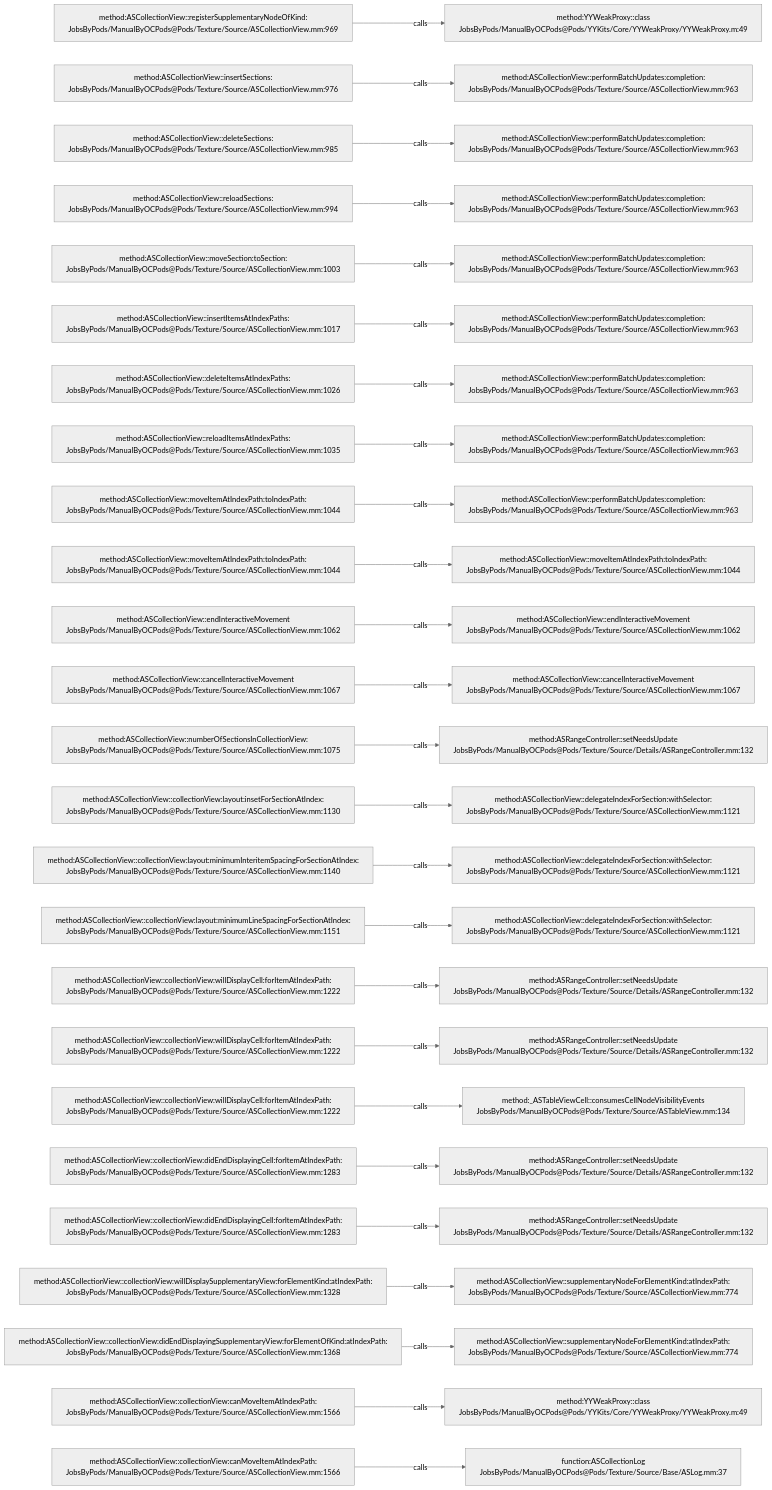
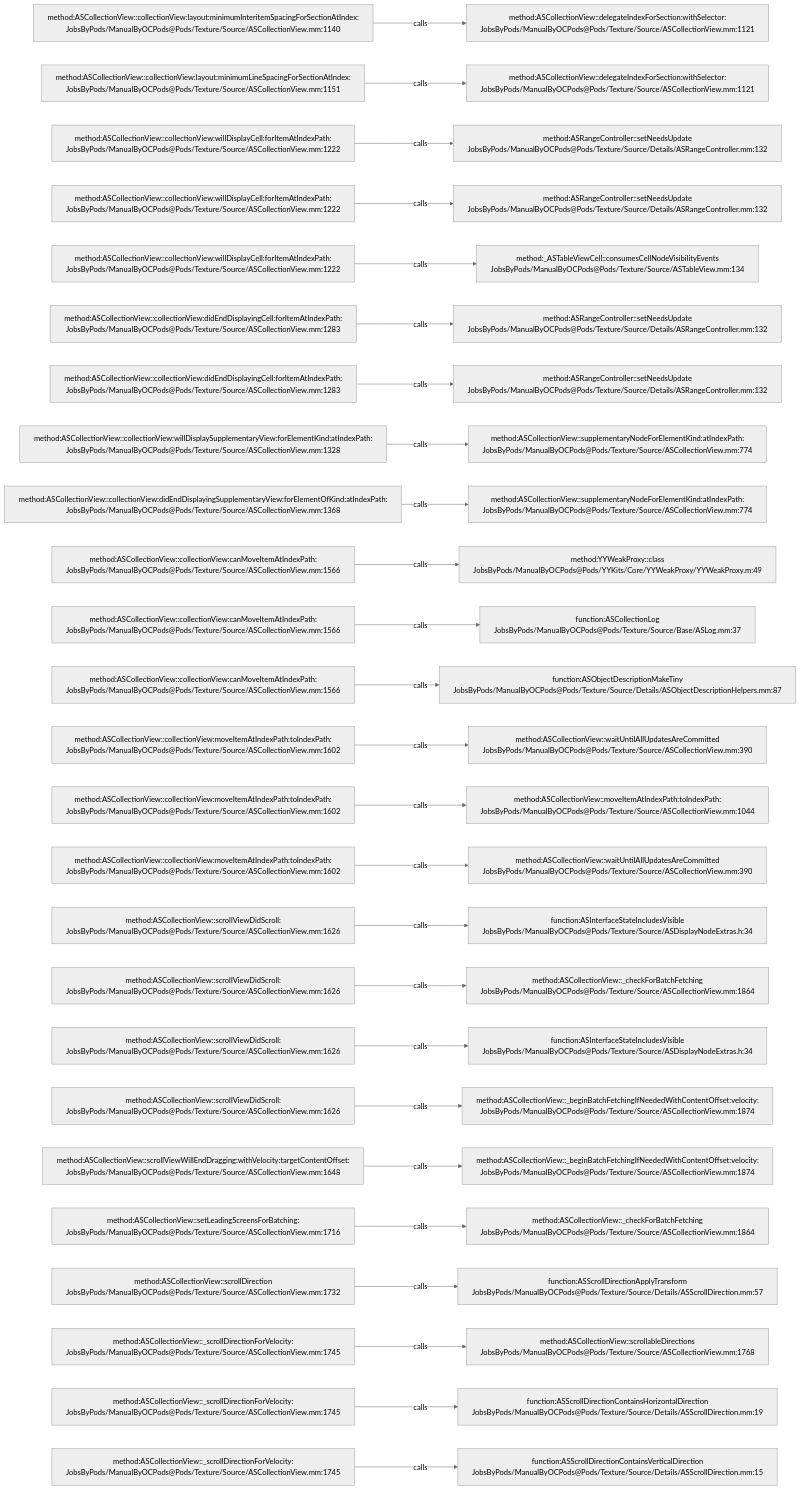
The diagram in .codegraph/codegraph.md/graphs/calls-083.md (JobsKits/JobsOCBaseConfigDemo), drawn with Mermaid (neutral theme) before and after one commit. The commit also changed 296 other files, not shown here.

````diff
--- a/.codegraph/codegraph.md/graphs/calls-083.md
+++ b/.codegraph/codegraph.md/graphs/calls-083.md
@@ -13,78 +13,78 @@
 ```mermaid
 flowchart LR
-  S1["method:ASCollectionView::registerSupplementaryNodeOfKind:<br/>JobsByPods/ManualByOCPods@Pods/Texture/Source/ASCollectionView.mm:969"]
-  T1["method:YYWeakProxy::class<br/>JobsByPods/ManualByOCPods@Pods/YYKits/Core/YYWeakProxy/YYWeakProxy.m:49"]
+  S1["method:ASCollectionView::collectionView:layout:minimumInteritemSpacingForSectionAtIndex:<br/>JobsByPods/ManualByOCPods@Pods/Texture/Source/ASCollectionView.mm:1140"]
+  T1["method:ASCollectionView::delegateIndexForSection:withSelector:<br/>JobsByPods/ManualByOCPods@Pods/Texture/Source/ASCollectionView.mm:1121"]
   S1 -->|calls| T1
-  S2["method:ASCollectionView::insertSections:<br/>JobsByPods/ManualByOCPods@Pods/Texture/Source/ASCollectionView.mm:976"]
-  T2["method:ASCollectionView::performBatchUpdates:completion:<br/>JobsByPods/ManualByOCPods@Pods/Texture/Source/ASCollectionView.mm:963"]
+  S2["method:ASCollectionView::collectionView:layout:minimumLineSpacingForSectionAtIndex:<br/>JobsByPods/ManualByOCPods@Pods/Texture/Source/ASCollectionView.mm:1151"]
+  T2["method:ASCollectionView::delegateIndexForSection:withSelector:<br/>JobsByPods/ManualByOCPods@Pods/Texture/Source/ASCollectionView.mm:1121"]
   S2 -->|calls| T2
-  S3["method:ASCollectionView::deleteSections:<br/>JobsByPods/ManualByOCPods@Pods/Texture/Source/ASCollectionView.mm:985"]
-  T3["method:ASCollectionView::performBatchUpdates:completion:<br/>JobsByPods/ManualByOCPods@Pods/Texture/Source/ASCollectionView.mm:963"]
+  S3["method:ASCollectionView::collectionView:willDisplayCell:forItemAtIndexPath:<br/>JobsByPods/ManualByOCPods@Pods/Texture/Source/ASCollectionView.mm:1222"]
+  T3["method:ASRangeController::setNeedsUpdate<br/>JobsByPods/ManualByOCPods@Pods/Texture/Source/Details/ASRangeController.mm:132"]
   S3 -->|calls| T3
-  S4["method:ASCollectionView::reloadSections:<br/>JobsByPods/ManualByOCPods@Pods/Texture/Source/ASCollectionView.mm:994"]
-  T4["method:ASCollectionView::performBatchUpdates:completion:<br/>JobsByPods/ManualByOCPods@Pods/Texture/Source/ASCollectionView.mm:963"]
+  S4["method:ASCollectionView::collectionView:willDisplayCell:forItemAtIndexPath:<br/>JobsByPods/ManualByOCPods@Pods/Texture/Source/ASCollectionView.mm:1222"]
+  T4["method:ASRangeController::setNeedsUpdate<br/>JobsByPods/ManualByOCPods@Pods/Texture/Source/Details/ASRangeController.mm:132"]
   S4 -->|calls| T4
-  S5["method:ASCollectionView::moveSection:toSection:<br/>JobsByPods/ManualByOCPods@Pods/Texture/Source/ASCollectionView.mm:1003"]
-  T5["method:ASCollectionView::performBatchUpdates:completion:<br/>JobsByPods/ManualByOCPods@Pods/Texture/Source/ASCollectionView.mm:963"]
+  S5["method:ASCollectionView::collectionView:willDisplayCell:forItemAtIndexPath:<br/>JobsByPods/ManualByOCPods@Pods/Texture/Source/ASCollectionView.mm:1222"]
+  T5["method:_ASTableViewCell::consumesCellNodeVisibilityEvents<br/>JobsByPods/ManualByOCPods@Pods/Texture/Source/ASTableView.mm:134"]
   S5 -->|calls| T5
-  S6["method:ASCollectionView::insertItemsAtIndexPaths:<br/>JobsByPods/ManualByOCPods@Pods/Texture/Source/ASCollectionView.mm:1017"]
-  T6["method:ASCollectionView::performBatchUpdates:completion:<br/>JobsByPods/ManualByOCPods@Pods/Texture/Source/ASCollectionView.mm:963"]
+  S6["method:ASCollectionView::collectionView:didEndDisplayingCell:forItemAtIndexPath:<br/>JobsByPods/ManualByOCPods@Pods/Texture/Source/ASCollectionView.mm:1283"]
+  T6["method:ASRangeController::setNeedsUpdate<br/>JobsByPods/ManualByOCPods@Pods/Texture/Source/Details/ASRangeController.mm:132"]
   S6 -->|calls| T6
-  S7["method:ASCollectionView::deleteItemsAtIndexPaths:<br/>JobsByPods/ManualByOCPods@Pods/Texture/Source/ASCollectionView.mm:1026"]
-  T7["method:ASCollectionView::performBatchUpdates:completion:<br/>JobsByPods/ManualByOCPods@Pods/Texture/Source/ASCollectionView.mm:963"]
+  S7["method:ASCollectionView::collectionView:didEndDisplayingCell:forItemAtIndexPath:<br/>JobsByPods/ManualByOCPods@Pods/Texture/Source/ASCollectionView.mm:1283"]
+  T7["method:ASRangeController::setNeedsUpdate<br/>JobsByPods/ManualByOCPods@Pods/Texture/Source/Details/ASRangeController.mm:132"]
   S7 -->|calls| T7
-  S8["method:ASCollectionView::reloadItemsAtIndexPaths:<br/>JobsByPods/ManualByOCPods@Pods/Texture/Source/ASCollectionView.mm:1035"]
-  T8["method:ASCollectionView::performBatchUpdates:completion:<br/>JobsByPods/ManualByOCPods@Pods/Texture/Source/ASCollectionView.mm:963"]
+  S8["method:ASCollectionView::collectionView:willDisplaySupplementaryView:forElementKind:atIndexPath:<br/>JobsByPods/ManualByOCPods@Pods/Texture/Source/ASCollectionView.mm:1328"]
+  T8["method:ASCollectionView::supplementaryNodeForElementKind:atIndexPath:<br/>JobsByPods/ManualByOCPods@Pods/Texture/Source/ASCollectionView.mm:774"]
   S8 -->|calls| T8
-  S9["method:ASCollectionView::moveItemAtIndexPath:toIndexPath:<br/>JobsByPods/ManualByOCPods@Pods/Texture/Source/ASCollectionView.mm:1044"]
-  T9["method:ASCollectionView::performBatchUpdates:completion:<br/>JobsByPods/ManualByOCPods@Pods/Texture/Source/ASCollectionView.mm:963"]
+  S9["method:ASCollectionView::collectionView:didEndDisplayingSupplementaryView:forElementOfKind:atIndexPath:<br/>JobsByPods/ManualByOCPods@Pods/Texture/Source/ASCollectionView.mm:1368"]
+  T9["method:ASCollectionView::supplementaryNodeForElementKind:atIndexPath:<br/>JobsByPods/ManualByOCPods@Pods/Texture/Source/ASCollectionView.mm:774"]
   S9 -->|calls| T9
-  S10["method:ASCollectionView::moveItemAtIndexPath:toIndexPath:<br/>JobsByPods/ManualByOCPods@Pods/Texture/Source/ASCollectionView.mm:1044"]
-  T10["method:ASCollectionView::moveItemAtIndexPath:toIndexPath:<br/>JobsByPods/ManualByOCPods@Pods/Texture/Source/ASCollectionView.mm:1044"]
+  S10["method:ASCollectionView::collectionView:canMoveItemAtIndexPath:<br/>JobsByPods/ManualByOCPods@Pods/Texture/Source/ASCollectionView.mm:1566"]
+  T10["method:YYWeakProxy::class<br/>JobsByPods/ManualByOCPods@Pods/YYKits/Core/YYWeakProxy/YYWeakProxy.m:49"]
   S10 -->|calls| T10
-  S11["method:ASCollectionView::endInteractiveMovement<br/>JobsByPods/ManualByOCPods@Pods/Texture/Source/ASCollectionView.mm:1062"]
-  T11["method:ASCollectionView::endInteractiveMovement<br/>JobsByPods/ManualByOCPods@Pods/Texture/Source/ASCollectionView.mm:1062"]
+  S11["method:ASCollectionView::collectionView:canMoveItemAtIndexPath:<br/>JobsByPods/ManualByOCPods@Pods/Texture/Source/ASCollectionView.mm:1566"]
+  T11["function:ASCollectionLog<br/>JobsByPods/ManualByOCPods@Pods/Texture/Source/Base/ASLog.mm:37"]
   S11 -->|calls| T11
-  S12["method:ASCollectionView::cancelInteractiveMovement<br/>JobsByPods/ManualByOCPods@Pods/Texture/Source/ASCollectionView.mm:1067"]
-  T12["method:ASCollectionView::cancelInteractiveMovement<br/>JobsByPods/ManualByOCPods@Pods/Texture/Source/ASCollectionView.mm:1067"]
+  S12["method:ASCollectionView::collectionView:canMoveItemAtIndexPath:<br/>JobsByPods/ManualByOCPods@Pods/Texture/Source/ASCollectionView.mm:1566"]
+  T12["function:ASObjectDescriptionMakeTiny<br/>JobsByPods/ManualByOCPods@Pods/Texture/Source/Details/ASObjectDescriptionHelpers.mm:87"]
   S12 -->|calls| T12
-  S13["method:ASCollectionView::numberOfSectionsInCollectionView:<br/>JobsByPods/ManualByOCPods@Pods/Texture/Source/ASCollectionView.mm:1075"]
-  T13["method:ASRangeController::setNeedsUpdate<br/>JobsByPods/ManualByOCPods@Pods/Texture/Source/Details/ASRangeController.mm:132"]
+  S13["method:ASCollectionView::collectionView:moveItemAtIndexPath:toIndexPath:<br/>JobsByPods/ManualByOCPods@Pods/Texture/Source/ASCollectionView.mm:1602"]
+  T13["method:ASCollectionView::waitUntilAllUpdatesAreCommitted<br/>JobsByPods/ManualByOCPods@Pods/Texture/Source/ASCollectionView.mm:390"]
   S13 -->|calls| T13
-  S14["method:ASCollectionView::collectionView:layout:insetForSectionAtIndex:<br/>JobsByPods/ManualByOCPods@Pods/Texture/Source/ASCollectionView.mm:1130"]
-  T14["method:ASCollectionView::delegateIndexForSection:withSelector:<br/>JobsByPods/ManualByOCPods@Pods/Texture/Source/ASCollectionView.mm:1121"]
+  S14["method:ASCollectionView::collectionView:moveItemAtIndexPath:toIndexPath:<br/>JobsByPods/ManualByOCPods@Pods/Texture/Source/ASCollectionView.mm:1602"]
+  T14["method:ASCollectionView::moveItemAtIndexPath:toIndexPath:<br/>JobsByPods/ManualByOCPods@Pods/Texture/Source/ASCollectionView.mm:1044"]
   S14 -->|calls| T14
-  S15["method:ASCollectionView::collectionView:layout:minimumInteritemSpacingForSectionAtIndex:<br/>JobsByPods/ManualByOCPods@Pods/Texture/Source/ASCollectionView.mm:1140"]
-  T15["method:ASCollectionView::delegateIndexForSection:withSelector:<br/>JobsByPods/ManualByOCPods@Pods/Texture/Source/ASCollectionView.mm:1121"]
+  S15["method:ASCollectionView::collectionView:moveItemAtIndexPath:toIndexPath:<br/>JobsByPods/ManualByOCPods@Pods/Texture/Source/ASCollectionView.mm:1602"]
+  T15["method:ASCollectionView::waitUntilAllUpdatesAreCommitted<br/>JobsByPods/ManualByOCPods@Pods/Texture/Source/ASCollectionView.mm:390"]
   S15 -->|calls| T15
-  S16["method:ASCollectionView::collectionView:layout:minimumLineSpacingForSectionAtIndex:<br/>JobsByPods/ManualByOCPods@Pods/Texture/Source/ASCollectionView.mm:1151"]
-  T16["method:ASCollectionView::delegateIndexForSection:withSelector:<br/>JobsByPods/ManualByOCPods@Pods/Texture/Source/ASCollectionView.mm:1121"]
+  S16["method:ASCollectionView::scrollViewDidScroll:<br/>JobsByPods/ManualByOCPods@Pods/Texture/Source/ASCollectionView.mm:1626"]
+  T16["function:ASInterfaceStateIncludesVisible<br/>JobsByPods/ManualByOCPods@Pods/Texture/Source/ASDisplayNodeExtras.h:34"]
   S16 -->|calls| T16
-  S17["method:ASCollectionView::collectionView:willDisplayCell:forItemAtIndexPath:<br/>JobsByPods/ManualByOCPods@Pods/Texture/Source/ASCollectionView.mm:1222"]
-  T17["method:ASRangeController::setNeedsUpdate<br/>JobsByPods/ManualByOCPods@Pods/Texture/Source/Details/ASRangeController.mm:132"]
+  S17["method:ASCollectionView::scrollViewDidScroll:<br/>JobsByPods/ManualByOCPods@Pods/Texture/Source/ASCollectionView.mm:1626"]
+  T17["method:ASCollectionView::_checkForBatchFetching<br/>JobsByPods/ManualByOCPods@Pods/Texture/Source/ASCollectionView.mm:1864"]
   S17 -->|calls| T17
-  S18["method:ASCollectionView::collectionView:willDisplayCell:forItemAtIndexPath:<br/>JobsByPods/ManualByOCPods@Pods/Texture/Source/ASCollectionView.mm:1222"]
-  T18["method:ASRangeController::setNeedsUpdate<br/>JobsByPods/ManualByOCPods@Pods/Texture/Source/Details/ASRangeController.mm:132"]
+  S18["method:ASCollectionView::scrollViewDidScroll:<br/>JobsByPods/ManualByOCPods@Pods/Texture/Source/ASCollectionView.mm:1626"]
+  T18["function:ASInterfaceStateIncludesVisible<br/>JobsByPods/ManualByOCPods@Pods/Texture/Source/ASDisplayNodeExtras.h:34"]
   S18 -->|calls| T18
-  S19["method:ASCollectionView::collectionView:willDisplayCell:forItemAtIndexPath:<br/>JobsByPods/ManualByOCPods@Pods/Texture/Source/ASCollectionView.mm:1222"]
-  T19["method:_ASTableViewCell::consumesCellNodeVisibilityEvents<br/>JobsByPods/ManualByOCPods@Pods/Texture/Source/ASTableView.mm:134"]
+  S19["method:ASCollectionView::scrollViewDidScroll:<br/>JobsByPods/ManualByOCPods@Pods/Texture/Source/ASCollectionView.mm:1626"]
+  T19["method:ASCollectionView::_beginBatchFetchingIfNeededWithContentOffset:velocity:<br/>JobsByPods/ManualByOCPods@Pods/Texture/Source/ASCollectionView.mm:1874"]
   S19 -->|calls| T19
-  S20["method:ASCollectionView::collectionView:didEndDisplayingCell:forItemAtIndexPath:<br/>JobsByPods/ManualByOCPods@Pods/Texture/Source/ASCollectionView.mm:1283"]
-  T20["method:ASRangeController::setNeedsUpdate<br/>JobsByPods/ManualByOCPods@Pods/Texture/Source/Details/ASRangeController.mm:132"]
+  S20["method:ASCollectionView::scrollViewWillEndDragging:withVelocity:targetContentOffset:<br/>JobsByPods/ManualByOCPods@Pods/Texture/Source/ASCollectionView.mm:1648"]
+  T20["method:ASCollectionView::_beginBatchFetchingIfNeededWithContentOffset:velocity:<br/>JobsByPods/ManualByOCPods@Pods/Texture/Source/ASCollectionView.mm:1874"]
   S20 -->|calls| T20
-  S21["method:ASCollectionView::collectionView:didEndDisplayingCell:forItemAtIndexPath:<br/>JobsByPods/ManualByOCPods@Pods/Texture/Source/ASCollectionView.mm:1283"]
-  T21["method:ASRangeController::setNeedsUpdate<br/>JobsByPods/ManualByOCPods@Pods/Texture/Source/Details/ASRangeController.mm:132"]
+  S21["method:ASCollectionView::setLeadingScreensForBatching:<br/>JobsByPods/ManualByOCPods@Pods/Texture/Source/ASCollectionView.mm:1716"]
+  T21["method:ASCollectionView::_checkForBatchFetching<br/>JobsByPods/ManualByOCPods@Pods/Texture/Source/ASCollectionView.mm:1864"]
   S21 -->|calls| T21
-  S22["method:ASCollectionView::collectionView:willDisplaySupplementaryView:forElementKind:atIndexPath:<br/>JobsByPods/ManualByOCPods@Pods/Texture/Source/ASCollectionView.mm:1328"]
-  T22["method:ASCollectionView::supplementaryNodeForElementKind:atIndexPath:<br/>JobsByPods/ManualByOCPods@Pods/Texture/Source/ASCollectionView.mm:774"]
+  S22["method:ASCollectionView::scrollDirection<br/>JobsByPods/ManualByOCPods@Pods/Texture/Source/ASCollectionView.mm:1732"]
+  T22["function:ASScrollDirectionApplyTransform<br/>JobsByPods/ManualByOCPods@Pods/Texture/Source/Details/ASScrollDirection.mm:57"]
   S22 -->|calls| T22
-  S23["method:ASCollectionView::collectionView:didEndDisplayingSupplementaryView:forElementOfKind:atIndexPath:<br/>JobsByPods/ManualByOCPods@Pods/Texture/Source/ASCollectionView.mm:1368"]
-  T23["method:ASCollectionView::supplementaryNodeForElementKind:atIndexPath:<br/>JobsByPods/ManualByOCPods@Pods/Texture/Source/ASCollectionView.mm:774"]
+  S23["method:ASCollectionView::_scrollDirectionForVelocity:<br/>JobsByPods/ManualByOCPods@Pods/Texture/Source/ASCollectionView.mm:1745"]
+  T23["method:ASCollectionView::scrollableDirections<br/>JobsByPods/ManualByOCPods@Pods/Texture/Source/ASCollectionView.mm:1768"]
   S23 -->|calls| T23
-  S24["method:ASCollectionView::collectionView:canMoveItemAtIndexPath:<br/>JobsByPods/ManualByOCPods@Pods/Texture/Source/ASCollectionView.mm:1566"]
-  T24["method:YYWeakProxy::class<br/>JobsByPods/ManualByOCPods@Pods/YYKits/Core/YYWeakProxy/YYWeakProxy.m:49"]
+  S24["method:ASCollectionView::_scrollDirectionForVelocity:<br/>JobsByPods/ManualByOCPods@Pods/Texture/Source/ASCollectionView.mm:1745"]
+  T24["function:ASScrollDirectionContainsHorizontalDirection<br/>JobsByPods/ManualByOCPods@Pods/Texture/Source/Details/ASScrollDirection.mm:19"]
   S24 -->|calls| T24
-  S25["method:ASCollectionView::collectionView:canMoveItemAtIndexPath:<br/>JobsByPods/ManualByOCPods@Pods/Texture/Source/ASCollectionView.mm:1566"]
-  T25["function:ASCollectionLog<br/>JobsByPods/ManualByOCPods@Pods/Texture/Source/Base/ASLog.mm:37"]
+  S25["method:ASCollectionView::_scrollDirectionForVelocity:<br/>JobsByPods/ManualByOCPods@Pods/Texture/Source/ASCollectionView.mm:1745"]
+  T25["function:ASScrollDirectionContainsVerticalDirection<br/>JobsByPods/ManualByOCPods@Pods/Texture/Source/Details/ASScrollDirection.mm:15"]
   S25 -->|calls| T25
 ```
````
